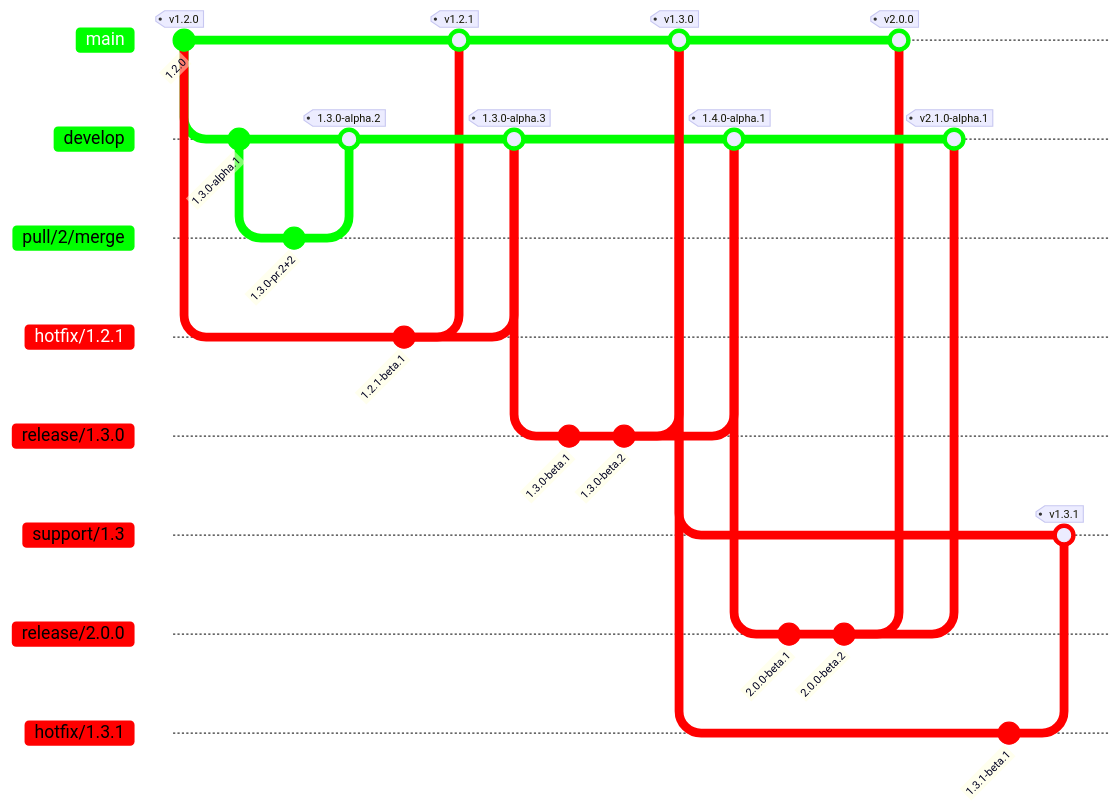
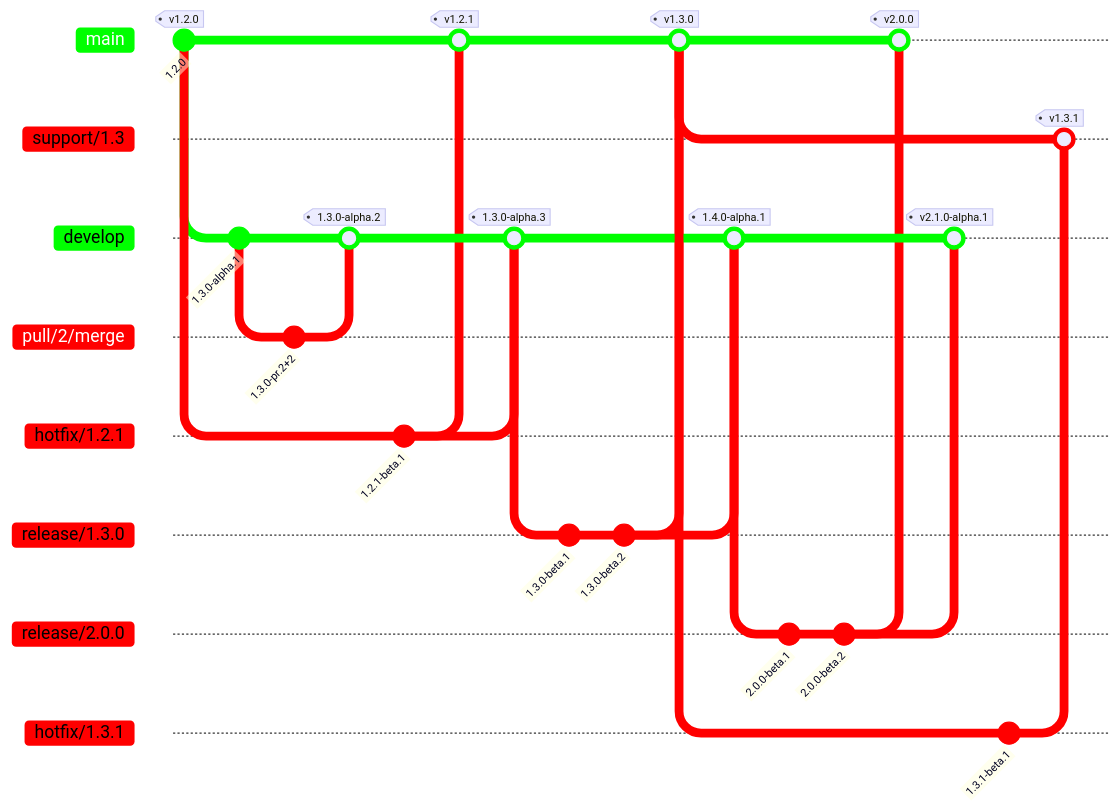
Before and after one commit to rajeshwarraja/json: the diagram in gitflow.md, drawn with Mermaid.

Commit message:
Git branch order corrected

````diff
--- a/gitflow.md
+++ b/gitflow.md
@@ -2,54 +2,54 @@
 ``` mermaid
 %%{ init: {
   "theme": "default",
   "themeVariables": {
     "git0": "#00ff00",
-    "git1": "#00ff00",
+    "git1": "#ff0000",
     "git2": "#00ff00",
     "git3": "#ff0000",
     "git4": "#ff0000",
     "git5": "#ff0000",
     "git6": "#ff0000",
     "git7": "#ff0000"
   },
   "gitGraph": {
     "showCommitLabel": true
   }
 }
 }%%
 gitGraph
   commit id: "1.2.0" tag: "v1.2.0"
-  branch develop
+  branch develop order:1
   commit id: "1.3.0-alpha.1"
-  branch pull/2/merge
+  branch pull/2/merge order:1
   commit id: "1.3.0-pr.2+2"
   checkout develop
   merge pull/2/merge tag: "1.3.0-alpha.2"
   checkout main
-  branch hotfix/1.2.1 order:0
+  branch hotfix/1.2.1 order:1
   commit id: "1.2.1-beta.1"
   checkout main
   merge hotfix/1.2.1 tag: "v1.2.1"
   checkout develop
   merge hotfix/1.2.1 tag: "1.3.0-alpha.3"
-  branch release/1.3.0
+  branch release/1.3.0 order:1
   commit id: "1.3.0-beta.1"
   commit id: "1.3.0-beta.2"
   checkout main
   merge release/1.3.0 tag: "v1.3.0"
   branch support/1.3 order:0
   checkout develop
   merge release/1.3.0 tag: "1.4.0-alpha.1"
-  branch release/2.0.0
+  branch release/2.0.0 order:1
   commit id: "2.0.0-beta.1"
   commit id: "2.0.0-beta.2"
   checkout main
   merge release/2.0.0 tag: "v2.0.0"
   checkout develop
   merge release/2.0.0 tag: "v2.1.0-alpha.1"
   checkout support/1.3
-  branch hotfix/1.3.1 order:0
+  branch hotfix/1.3.1 order:1
   commit id: "1.3.1-beta.1"
   checkout support/1.3
   merge hotfix/1.3.1 tag: "v1.3.1"
   ```
````
